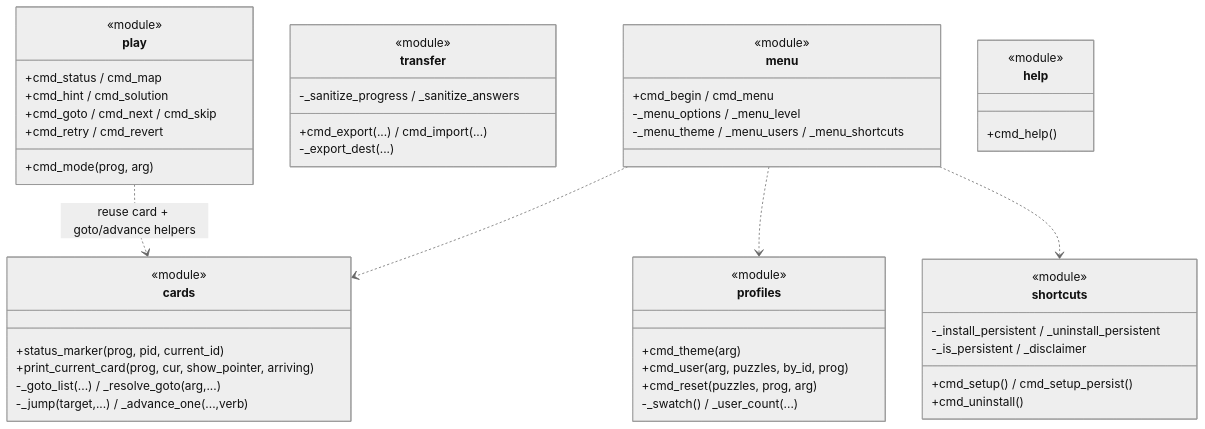
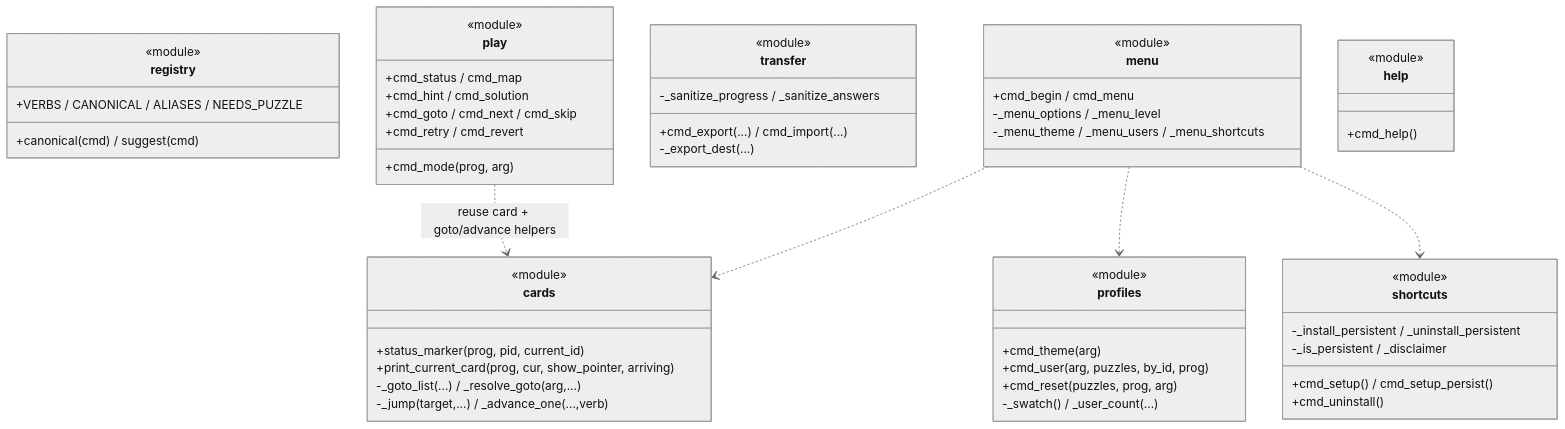
One commit to N041M/PyQuest changed the second of 4 diagrams in docs/architecture/commands.md. Above: the diagram before and after it, drawn with Mermaid (neutral theme). The commit also changed other lines of this file and 7 other files, not shown here.

````diff
--- a/docs/architecture/commands.md
+++ b/docs/architecture/commands.md
@@ -31,52 +39,57 @@
 ```mermaid
 classDiagram
+    class registry {
+        <<module>>
+        +VERBS / CANONICAL / ALIASES / NEEDS_PUZZLE
+        +canonical(cmd) / suggest(cmd)
+    }
     class cards {
         <<module>>
         +status_marker(prog, pid, current_id)
         +print_current_card(prog, cur, show_pointer, arriving)
         -_goto_list(...) / _resolve_goto(arg,...)
         -_jump(target,...) / _advance_one(...,verb)
     }
     class play {
         <<module>>
         +cmd_status / cmd_map
         +cmd_hint / cmd_solution
         +cmd_goto / cmd_next / cmd_skip
         +cmd_retry / cmd_revert
         +cmd_mode(prog, arg)
     }
     class profiles {
         <<module>>
         +cmd_theme(arg)
         +cmd_user(arg, puzzles, by_id, prog)
         +cmd_reset(puzzles, prog, arg)
         -_swatch() / _user_count(...)
     }
     class transfer {
         <<module>>
         +cmd_export(...) / cmd_import(...)
         -_export_dest(...)
         -_sanitize_progress / _sanitize_answers
     }
     class shortcuts {
         <<module>>
         +cmd_setup() / cmd_setup_persist()
         +cmd_uninstall()
         -_install_persistent / _uninstall_persistent
         -_is_persistent / _disclaimer
     }
     class menu {
         <<module>>
         +cmd_begin / cmd_menu
         -_menu_options / _menu_level
         -_menu_theme / _menu_users / _menu_shortcuts
     }
     class help {
         <<module>>
         +cmd_help()
     }
     play ..> cards : reuse card + goto/advance helpers
     menu ..> cards
     menu ..> profiles
     menu ..> shortcuts
 ```
````
